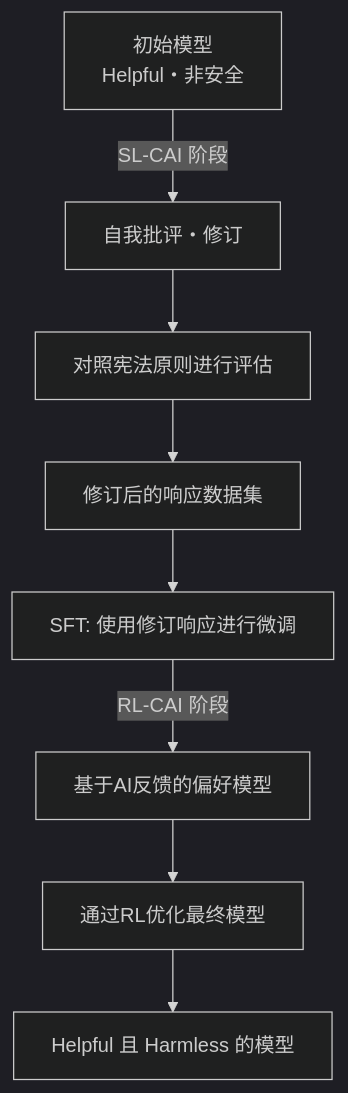
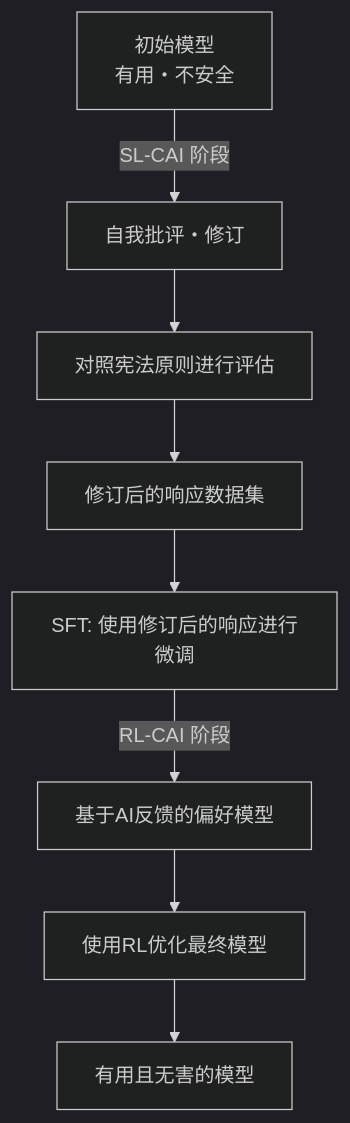
The first of 2 diagrams in articles/zh/2026-03-18-anthropic-constitutional-ai-cc0-open.md (no-problem-dev/rick-brick-content), drawn with Mermaid (dark theme) before and after one commit. The commit also changed other lines of this file and 126 other files, not shown here.

````diff
--- a/articles/zh/2026-03-18-anthropic-constitutional-ai-cc0-open.md
+++ b/articles/zh/2026-03-18-anthropic-constitutional-ai-cc0-open.md
@@ -37,10 +24,11 @@
 ```mermaid
 graph TD
-    A[初始模型\nHelpful・非安全] -->|SL-CAI 阶段| B[自我批评・修订]
+    A[初始模型
+有用・不安全] -->|SL-CAI 阶段| B[自我批评・修订]
     B --> C[对照宪法原则进行评估]
     C --> D[修订后的响应数据集]
-    D --> E[SFT: 使用修订响应进行微调]
+    D --> E[SFT: 使用修订后的响应进行微调]
     E -->|RL-CAI 阶段| F[基于AI反馈的偏好模型]
-    F --> G[通过RL优化最终模型]
-    G --> H[Helpful 且 Harmless 的模型]
+    F --> G[使用RL优化最终模型]
+    G --> H[有用且无害的模型]
 ```
````
